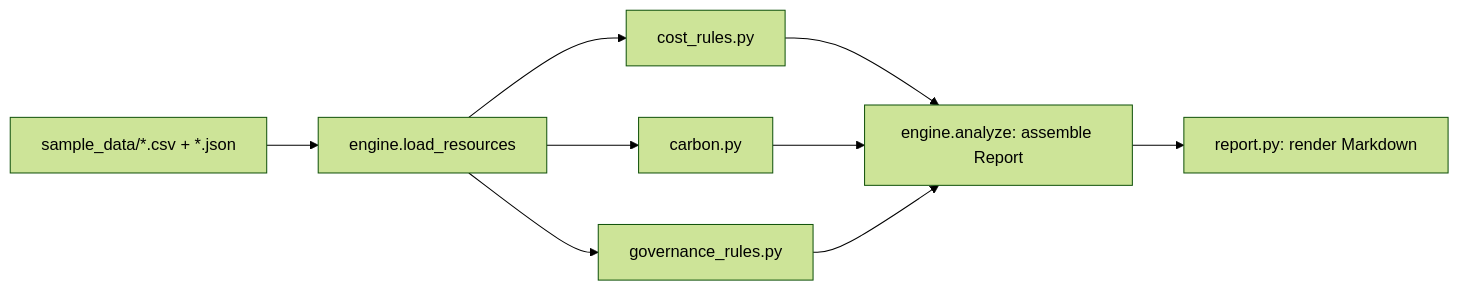
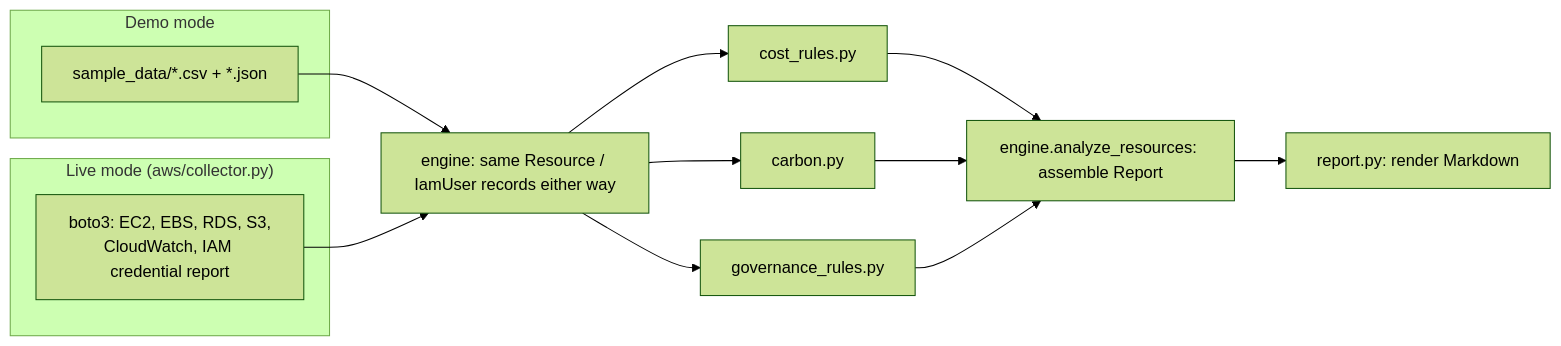
The diagram in README.md (flango2023/GreenPilot-AI), drawn with Mermaid (forest theme) before and after one commit. The commit also changed other lines of this file and 20 other files, not shown here.

First line of the commit message:
Add a real live AWS collector via boto3, not just sample data

````diff
--- a/README.md
+++ b/README.md
@@ -58,11 +67,19 @@
 ```mermaid
 flowchart LR
-    A[sample_data/*.csv + *.json] --> B[engine.load_resources]
+    subgraph Sample["Demo mode"]
+        A1[sample_data/*.csv + *.json]
+    end
+    subgraph Live["Live mode (aws/collector.py)"]
+        A2[boto3: EC2, EBS, RDS, S3,\nCloudWatch, IAM credential report]
+    end
+
+    A1 --> B[engine: same Resource / IamUser records either way]
+    A2 --> B
     B --> C[cost_rules.py]
     B --> D[carbon.py]
     B --> E[governance_rules.py]
-    C --> F[engine.analyze: assemble Report]
+    C --> F[engine.analyze_resources: assemble Report]
     D --> F
     E --> F
     F --> G[report.py: render Markdown]
 ```
````
